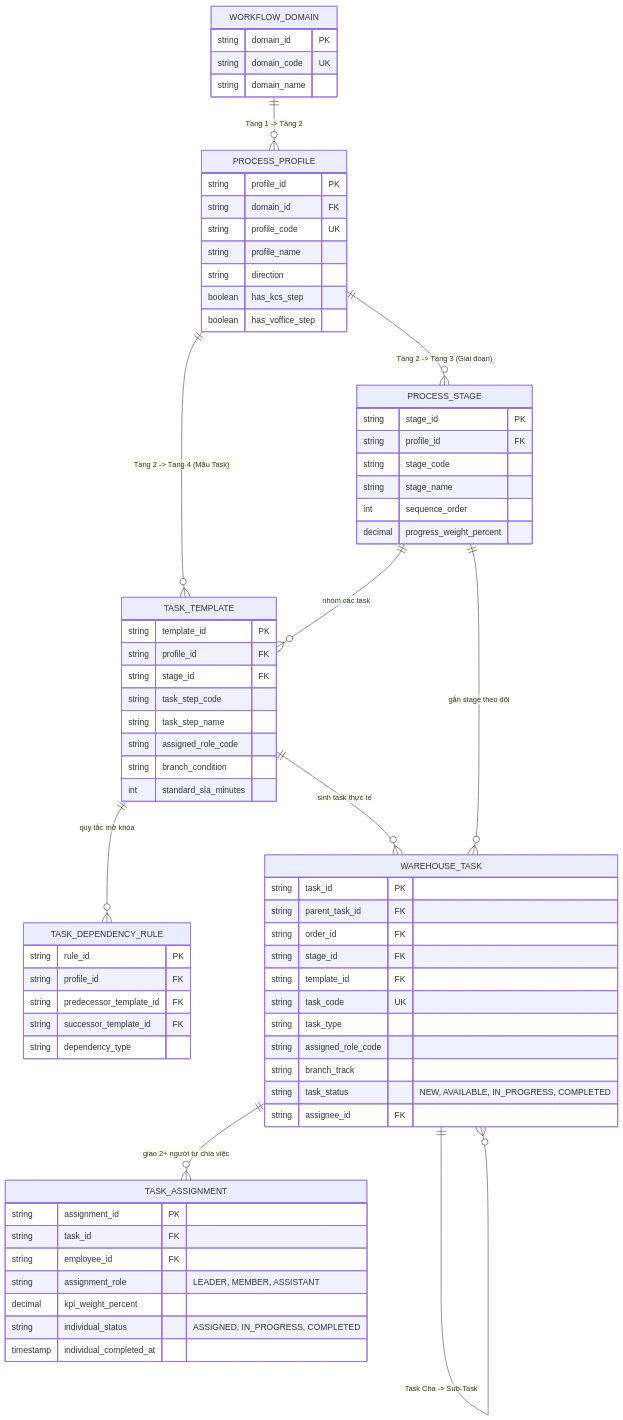
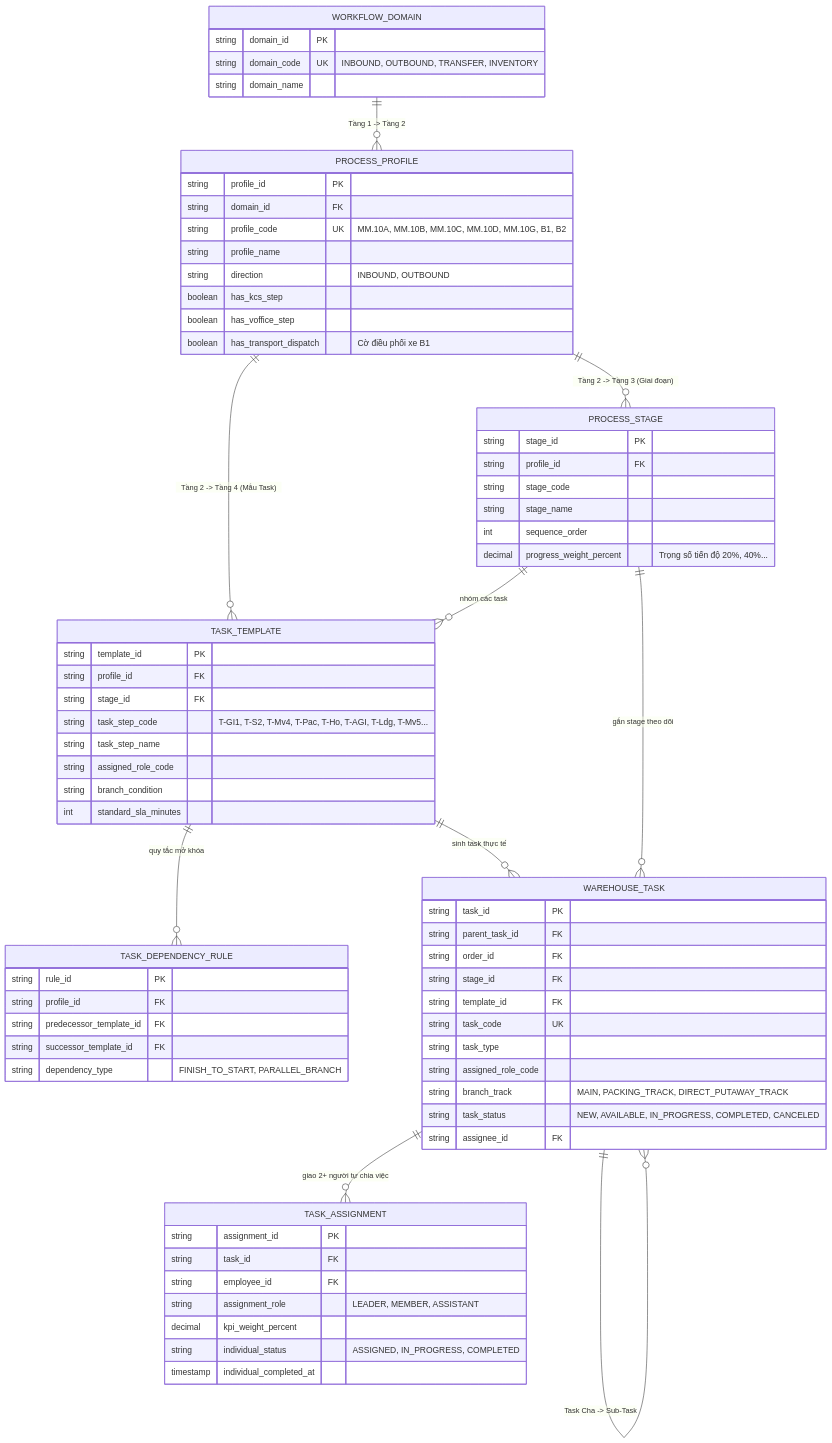
Before and after one commit to EdwardTran04/Project_Management: the third of 8 diagrams in dev/db/01_Entity_Attribute_Dictionary.md, drawn with Mermaid. The commit also changed other lines of this file and 2 other files, not shown here.

````diff
--- a/dev/db/01_Entity_Attribute_Dictionary.md
+++ b/dev/db/01_Entity_Attribute_Dictionary.md
@@ -228,74 +234,75 @@
 ```mermaid
 erDiagram
     WORKFLOW_DOMAIN {
         string domain_id PK
-        string domain_code UK
+        string domain_code UK "INBOUND, OUTBOUND, TRANSFER, INVENTORY"
         string domain_name
     }
     PROCESS_PROFILE {
         string profile_id PK
         string domain_id FK
-        string profile_code UK
+        string profile_code UK "MM.10A, MM.10B, MM.10C, MM.10D, MM.10G, B1, B2"
         string profile_name
-        string direction
+        string direction "INBOUND, OUTBOUND"
         boolean has_kcs_step
         boolean has_voffice_step
+        boolean has_transport_dispatch "Cờ điều phối xe B1"
     }
     PROCESS_STAGE {
         string stage_id PK
         string profile_id FK
         string stage_code
         string stage_name
         int sequence_order
-        decimal progress_weight_percent
+        decimal progress_weight_percent "Trọng số tiến độ 20%, 40%..."
     }
     TASK_TEMPLATE {
         string template_id PK
         string profile_id FK
         string stage_id FK
-        string task_step_code
+        string task_step_code "T-GI1, T-S2, T-Mv4, T-Pac, T-Ho, T-AGI, T-Ldg, T-Mv5..."
         string task_step_name
         string assigned_role_code
         string branch_condition
         int standard_sla_minutes
     }
     TASK_DEPENDENCY_RULE {
         string rule_id PK
         string profile_id FK
         string predecessor_template_id FK
         string successor_template_id FK
-        string dependency_type
+        string dependency_type "FINISH_TO_START, PARALLEL_BRANCH"
     }
     WAREHOUSE_TASK {
         string task_id PK
         string parent_task_id FK
         string order_id FK
         string stage_id FK
         string template_id FK
         string task_code UK
         string task_type
         string assigned_role_code
-        string branch_track
-        string task_status "NEW, AVAILABLE, IN_PROGRESS, COMPLETED"
+        string branch_track "MAIN, PACKING_TRACK, DIRECT_PUTAWAY_TRACK"
+        string task_status "NEW, AVAILABLE, IN_PROGRESS, COMPLETED, CANCELED"
         string assignee_id FK
     }
     TASK_ASSIGNMENT {
         string assignment_id PK
         string task_id FK
         string employee_id FK
         string assignment_role "LEADER, MEMBER, ASSISTANT"
         decimal kpi_weight_percent
         string individual_status "ASSIGNED, IN_PROGRESS, COMPLETED"
         timestamp individual_completed_at
     }
 
     WORKFLOW_DOMAIN ||--o{ PROCESS_PROFILE : "Tầng 1 -> Tầng 2"
     PROCESS_PROFILE ||--o{ PROCESS_STAGE : "Tầng 2 -> Tầng 3 (Giai đoạn)"
     PROCESS_PROFILE ||--o{ TASK_TEMPLATE : "Tầng 2 -> Tầng 4 (Mẫu Task)"
     PROCESS_STAGE ||--o{ TASK_TEMPLATE : "nhóm các task"
     TASK_TEMPLATE ||--o{ TASK_DEPENDENCY_RULE : "quy tắc mở khóa"
     TASK_TEMPLATE ||--o{ WAREHOUSE_TASK : "sinh task thực tế"
     PROCESS_STAGE ||--o{ WAREHOUSE_TASK : "gắn stage theo dõi"
     WAREHOUSE_TASK ||--o{ WAREHOUSE_TASK : "Task Cha -> Sub-Task"
     WAREHOUSE_TASK ||--o{ TASK_ASSIGNMENT : "giao 2+ người tự chia việc"
 ```
````
